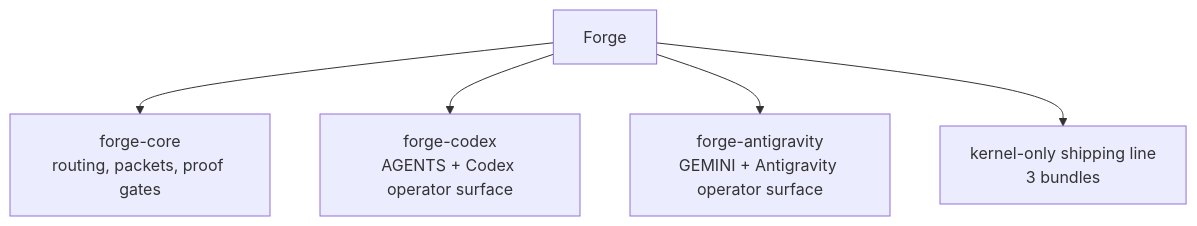
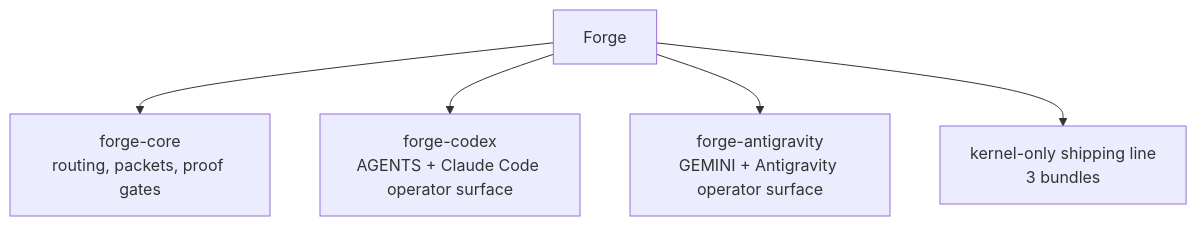
The first of 2 diagrams in README.md (nguyenphat57/forge), drawn with Mermaid before and after one commit. The commit also changed other lines of this file and 3 other files, not shown here.

````diff
--- a/README.md
+++ b/README.md
@@ -54,7 +59,7 @@
 ```mermaid
 graph TD
     A["Forge"] --> B["forge-core<br/>routing, packets, proof gates"]
-    A --> C["forge-codex<br/>AGENTS + Codex operator surface"]
+    A --> C["forge-codex<br/>AGENTS + Claude Code operator surface"]
     A --> D["forge-antigravity<br/>GEMINI + Antigravity operator surface"]
     A --> E["kernel-only shipping line<br/>3 bundles"]
 ```
````
